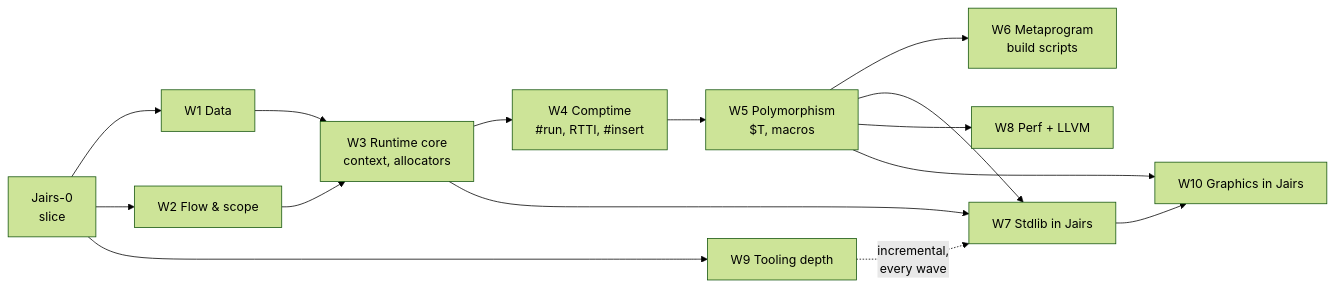
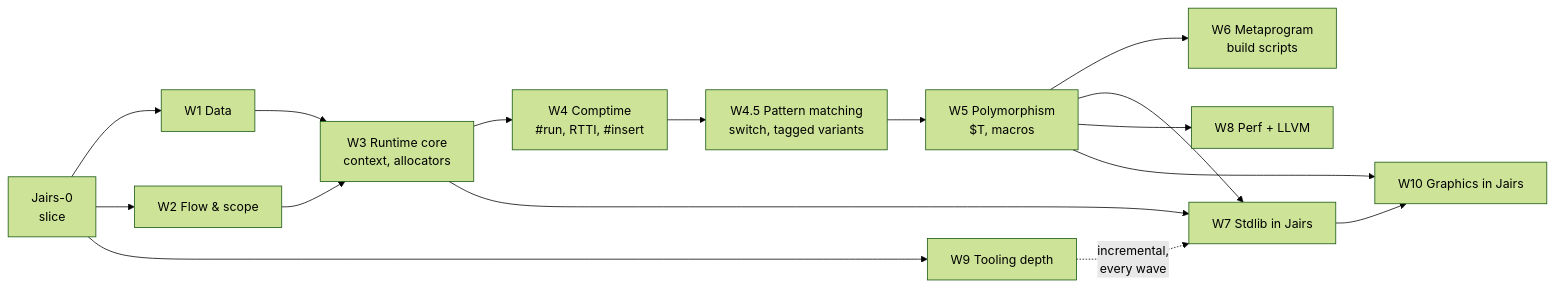
One commit to Daniel-Boll/jairs changed the second of 3 diagrams in PLAN.md. Above: the diagram before and after it, drawn with Mermaid (forest theme). The commit also changed other lines of this file and 113 other files, not shown here.

````diff
--- a/PLAN.md
+++ b/PLAN.md
@@ -339,17 +340,18 @@
 ```mermaid
 flowchart LR
     S["Jairs-0<br/>slice"] --> W1["W1 Data"]
     S --> W2["W2 Flow & scope"]
     W1 --> W3["W3 Runtime core<br/>context, allocators"]
     W2 --> W3
     W3 --> W4["W4 Comptime<br/>#run, RTTI, #insert"]
-    W4 --> W5["W5 Polymorphism<br/>$T, macros"]
+    W4 --> W45["W4.5 Pattern matching<br/>switch, tagged variants"]
+    W45 --> W5["W5 Polymorphism<br/>$T, macros"]
     W5 --> W6["W6 Metaprogram<br/>build scripts"]
     W3 --> W7["W7 Stdlib in Jairs"]
     W5 --> W7
     W5 --> W8["W8 Perf + LLVM"]
     W7 --> W10["W10 Graphics in Jairs"]
     W5 --> W10
     S --> W9["W9 Tooling depth"]
     W9 -.->|"incremental,<br/>every wave"| W7
 ```
````
